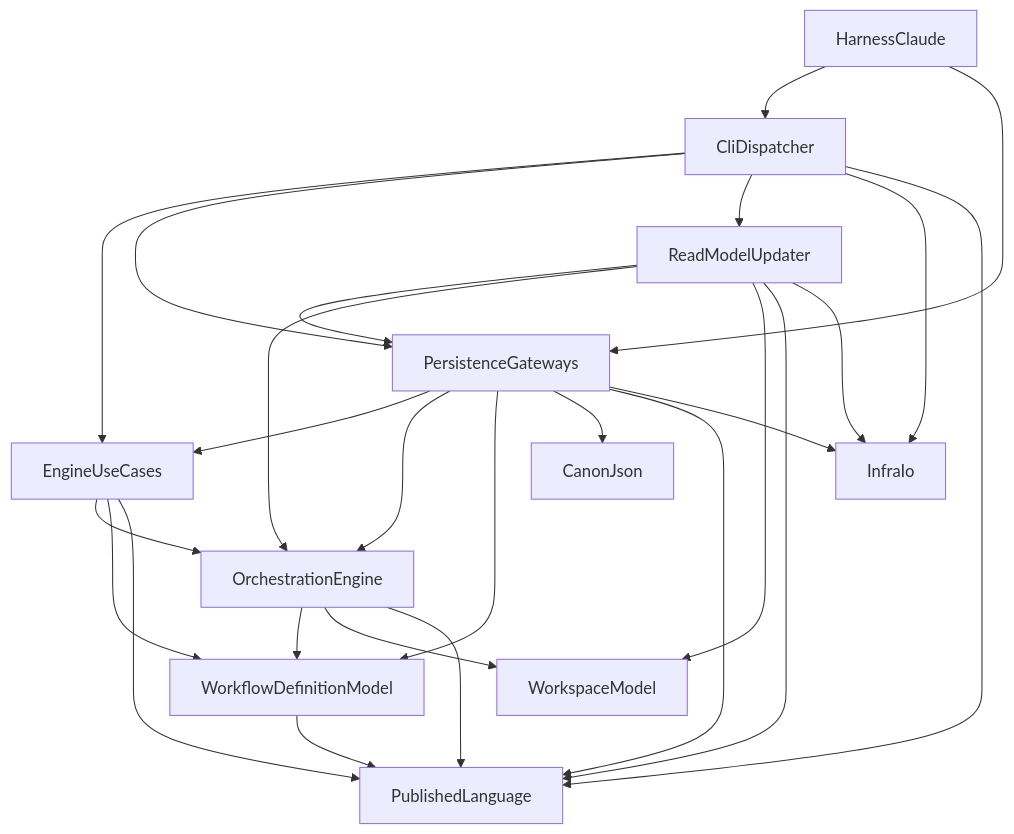
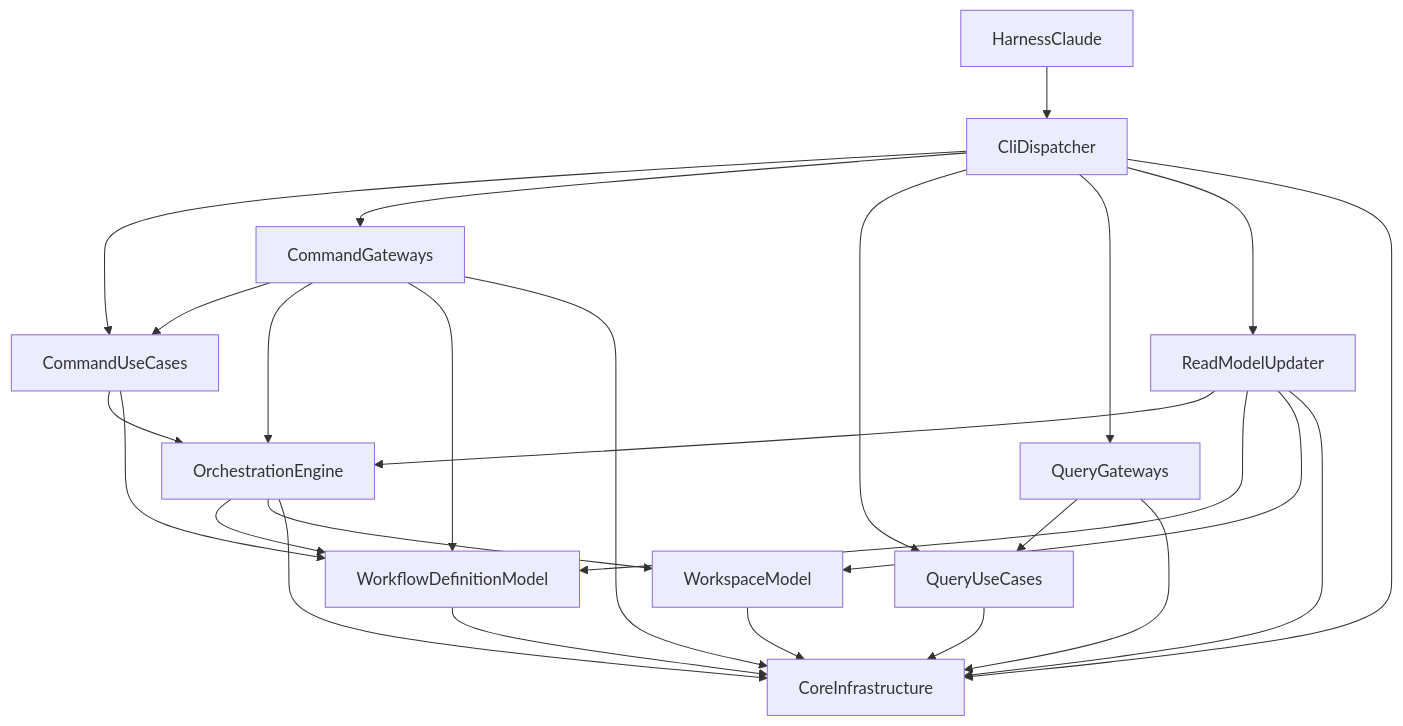
Before and after one commit to amadeus-dlc/amadeus-ng: the diagram in aidlc/spaces/default/intents/260822-stage1-selfhost/inception/domain-design/components.md, drawn with Mermaid. The commit also changed other lines of this file and 30 other files, not shown here.

````diff
--- a/aidlc/spaces/default/intents/260822-stage1-selfhost/inception/domain-design/components.md
+++ b/aidlc/spaces/default/intents/260822-stage1-selfhost/inception/domain-design/components.md
@@ -351,28 +570,28 @@
 ```mermaid
 graph TD
     HC["HarnessClaude"] --> CLI["CliDispatcher"]
-    HC --> GW["PersistenceGateways"]
-    CLI --> UC["EngineUseCases"]
-    CLI --> GW
+    CLI --> CUC["CommandUseCases"]
+    CLI --> CGW["CommandGateways"]
+    CLI --> QUC["QueryUseCases"]
+    CLI --> QGW["QueryGateways"]
     CLI --> RMU["ReadModelUpdater"]
-    CLI --> IO["InfraIo"]
-    CLI --> PL["PublishedLanguage"]
-    RMU --> GW
+    CLI --> INF["CoreInfrastructure"]
     RMU --> OE["OrchestrationEngine"]
+    RMU --> WD["WorkflowDefinitionModel"]
     RMU --> WS["WorkspaceModel"]
-    RMU --> PL
-    RMU --> IO
-    GW --> UC
-    GW --> OE
-    GW --> WD["WorkflowDefinitionModel"]
-    GW --> CJ["CanonJson"]
-    GW --> PL
-    GW --> IO
-    UC --> OE
-    UC --> WD
-    UC --> PL
+    RMU --> INF
+    CGW --> CUC
+    CGW --> OE
+    CGW --> WD
+    CGW --> INF
+    CUC --> OE
+    CUC --> WD
+    QGW --> QUC
+    QGW --> INF
+    QUC --> INF
     OE --> WD
     OE --> WS
-    OE --> PL
-    WD --> PL
+    OE --> INF
+    WD --> INF
+    WS --> INF
 ```
````
